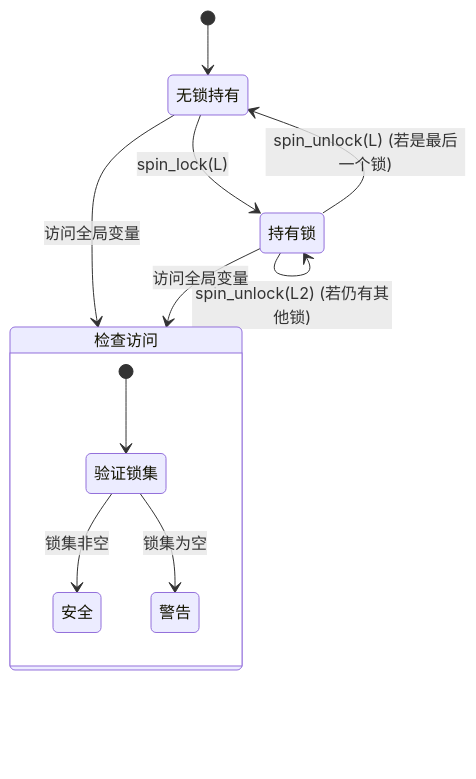
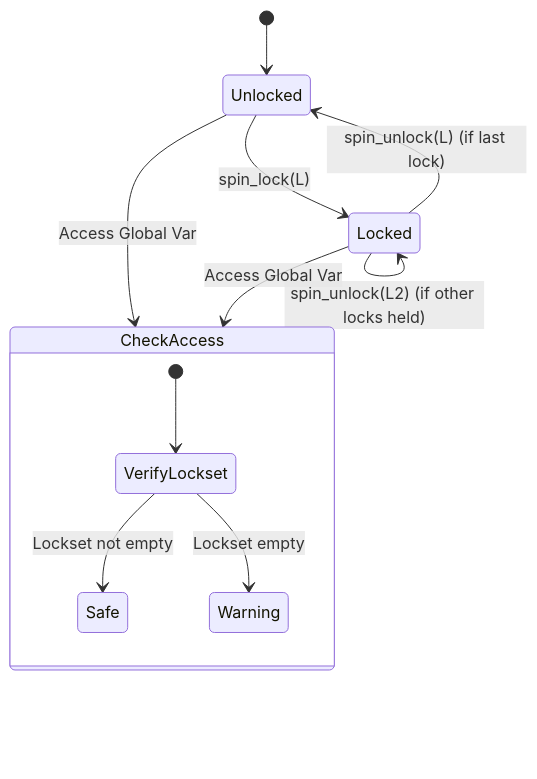
The second of 7 diagrams in README.md (lehengzhangJacob/Linux_kernel_safety_tool), drawn with Mermaid before and after one commit. The commit also changed other lines of this file and 1 other file, not shown here.

````diff
--- a/README.md
+++ b/README.md
@@ -72,18 +70,18 @@
 ```mermaid
 stateDiagram-v2
-    [*] --> 无锁持有
-    
-    无锁持有 --> 持有锁 : spin_lock(L)
-    持有锁 --> 持有锁 : spin_lock(L2)
-    持有锁 --> 无锁持有 : spin_unlock(L) (若是最后一个锁)
-    持有锁 --> 持有锁 : spin_unlock(L2) (若仍有其他锁)
-    
-    state 检查访问 {
-        [*] --> 验证锁集
-        验证锁集 --> 安全 : 锁集非空
-        验证锁集 --> 警告 : 锁集为空
+    [*] --> Unlocked
+  
+    Unlocked --> Locked : spin_lock(L)
+    Locked --> Locked : spin_lock(L2)
+    Locked --> Unlocked : spin_unlock(L) (if last lock)
+    Locked --> Locked : spin_unlock(L2) (if other locks held)
+  
+    state CheckAccess {
+        [*] --> VerifyLockset
+        VerifyLockset --> Safe : Lockset not empty
+        VerifyLockset --> Warning : Lockset empty
     }
 
-    无锁持有 --> 检查访问 : 访问全局变量
-    持有锁 --> 检查访问 : 访问全局变量
+    Unlocked --> CheckAccess : Access Global Var
+    Locked --> CheckAccess : Access Global Var
 ```
````
